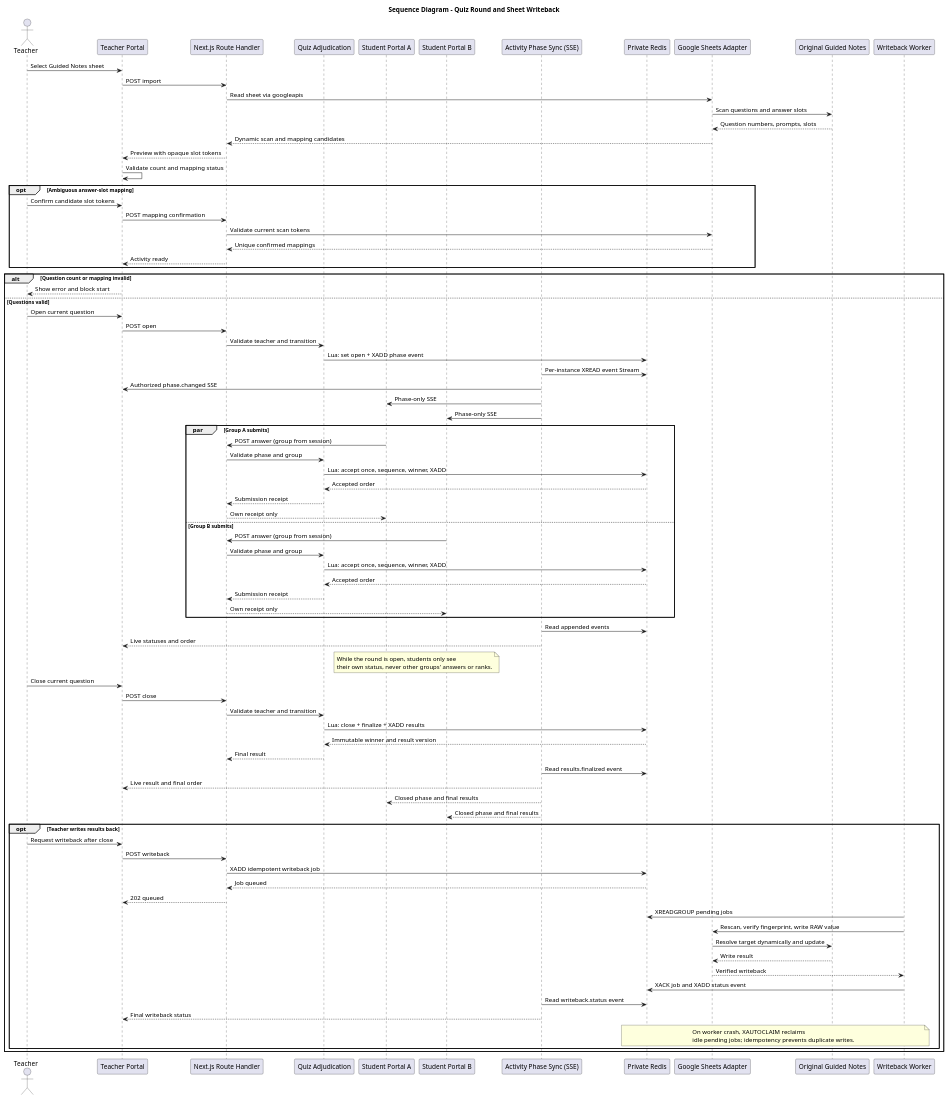
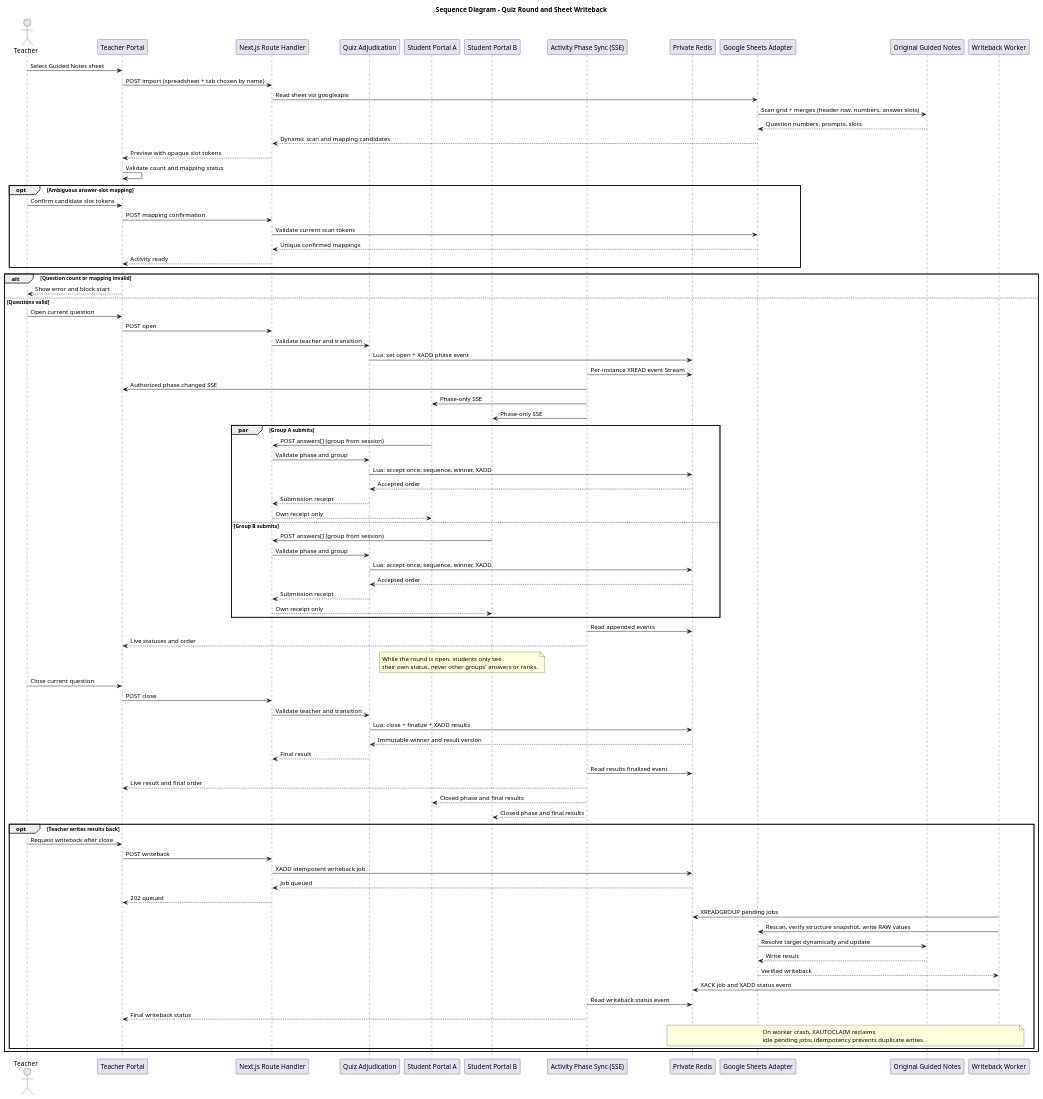
One commit to Chunshan-Theta/2026-SW-quickanswer changed the diagram in main/diagrams/sequence.puml. Above: the diagram before and after it, drawn with PlantUML. The commit also changed 17 other files, not shown here.

First line of the commit message:
docs(002): spec, diagrams, plan and tasks for template import

```diff
--- a/main/diagrams/sequence.puml
+++ b/main/diagrams/sequence.puml
@@ -1,100 +1,100 @@
 @startuml
 title Sequence Diagram - Quiz Round and Sheet Writeback
 
 actor Teacher
 participant "Teacher Portal" as TeacherUI
 participant "Next.js Route Handler" as API
 participant "Quiz Adjudication" as QuizFlow
 participant "Student Portal A" as StudentA
 participant "Student Portal B" as StudentB
 participant "Activity Phase Sync (SSE)" as ActivitySync
 participant "Private Redis" as Redis
 participant "Google Sheets Adapter" as SheetsAccess
 participant "Original Guided Notes" as Sheet
 participant "Writeback Worker" as Worker
 
 Teacher -> TeacherUI : Select Guided Notes sheet
-TeacherUI -> API : POST import
+TeacherUI -> API : POST import (spreadsheet + tab chosen by name)
 API -> SheetsAccess : Read sheet via googleapis
-SheetsAccess -> Sheet : Scan questions and answer slots
+SheetsAccess -> Sheet : Scan grid + merges (header row, numbers, answer slots)
 Sheet --> SheetsAccess : Question numbers, prompts, slots
 SheetsAccess --> API : Dynamic scan and mapping candidates
 API --> TeacherUI : Preview with opaque slot tokens
 TeacherUI -> TeacherUI : Validate count and mapping status
 
 opt Ambiguous answer-slot mapping
   Teacher -> TeacherUI : Confirm candidate slot tokens
   TeacherUI -> API : POST mapping confirmation
   API -> SheetsAccess : Validate current scan tokens
   SheetsAccess --> API : Unique confirmed mappings
   API --> TeacherUI : Activity ready
 end
 
 alt Question count or mapping invalid
   TeacherUI --> Teacher : Show error and block start
 else Questions valid
   Teacher -> TeacherUI : Open current question
   TeacherUI -> API : POST open
   API -> QuizFlow : Validate teacher and transition
   QuizFlow -> Redis : Lua: set open + XADD phase event
   ActivitySync -> Redis : Per-instance XREAD event Stream
   ActivitySync -> TeacherUI : Authorized phase.changed SSE
   ActivitySync -> StudentA : Phase-only SSE
   ActivitySync -> StudentB : Phase-only SSE
 
   par Group A submits
-    StudentA -> API : POST answer (group from session)
+    StudentA -> API : POST answers[] (group from session)
     API -> QuizFlow : Validate phase and group
     QuizFlow -> Redis : Lua: accept once, sequence, winner, XADD
     Redis --> QuizFlow : Accepted order
     QuizFlow --> API : Submission receipt
     API --> StudentA : Own receipt only
   else Group B submits
-    StudentB -> API : POST answer (group from session)
+    StudentB -> API : POST answers[] (group from session)
     API -> QuizFlow : Validate phase and group
     QuizFlow -> Redis : Lua: accept once, sequence, winner, XADD
     Redis --> QuizFlow : Accepted order
     QuizFlow --> API : Submission receipt
     API --> StudentB : Own receipt only
   end
 
   ActivitySync -> Redis : Read appended events
   ActivitySync --> TeacherUI : Live statuses and order
   note over StudentA, StudentB
     While the round is open, students only see
     their own status, never other groups' answers or ranks.
   end note
 
   Teacher -> TeacherUI : Close current question
   TeacherUI -> API : POST close
   API -> QuizFlow : Validate teacher and transition
   QuizFlow -> Redis : Lua: close + finalize + XADD results
   Redis --> QuizFlow : Immutable winner and result version
   QuizFlow --> API : Final result
   ActivitySync -> Redis : Read results.finalized event
   ActivitySync --> TeacherUI : Live result and final order
   ActivitySync --> StudentA : Closed phase and final results
   ActivitySync --> StudentB : Closed phase and final results
 
   opt Teacher writes results back
     Teacher -> TeacherUI : Request writeback after close
     TeacherUI -> API : POST writeback
     API -> Redis : XADD idempotent writeback job
     Redis --> API : Job queued
     API --> TeacherUI : 202 queued
     Worker -> Redis : XREADGROUP pending jobs
-    Worker -> SheetsAccess : Rescan, verify fingerprint, write RAW value
+    Worker -> SheetsAccess : Rescan, verify structure snapshot, write RAW values
     SheetsAccess -> Sheet : Resolve target dynamically and update
     Sheet --> SheetsAccess : Write result
     SheetsAccess --> Worker : Verified writeback
     Worker -> Redis : XACK job and XADD status event
     ActivitySync -> Redis : Read writeback.status event
     ActivitySync --> TeacherUI : Final writeback status
     note over Worker, Redis
       On worker crash, XAUTOCLAIM reclaims
       idle pending jobs; idempotency prevents duplicate writes.
     end note
   end
 end
 
 @enduml
```
